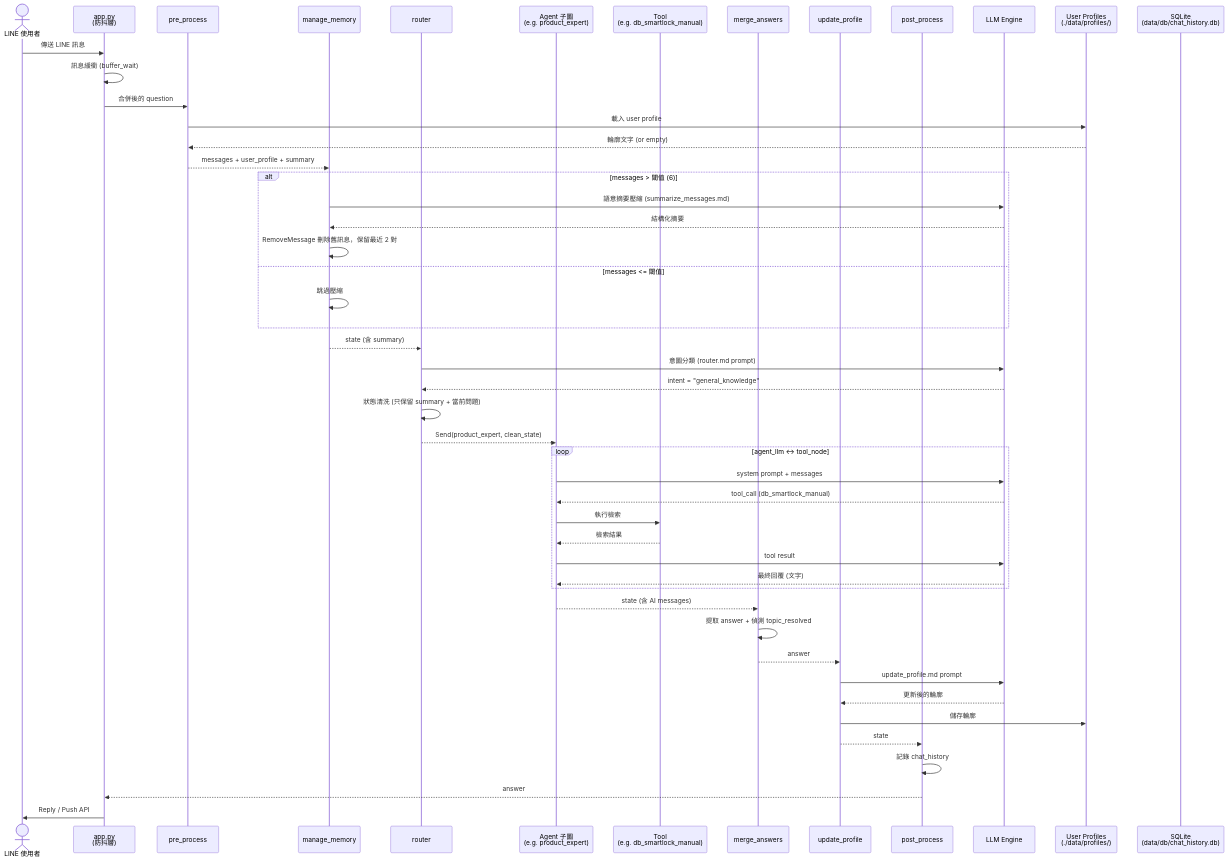
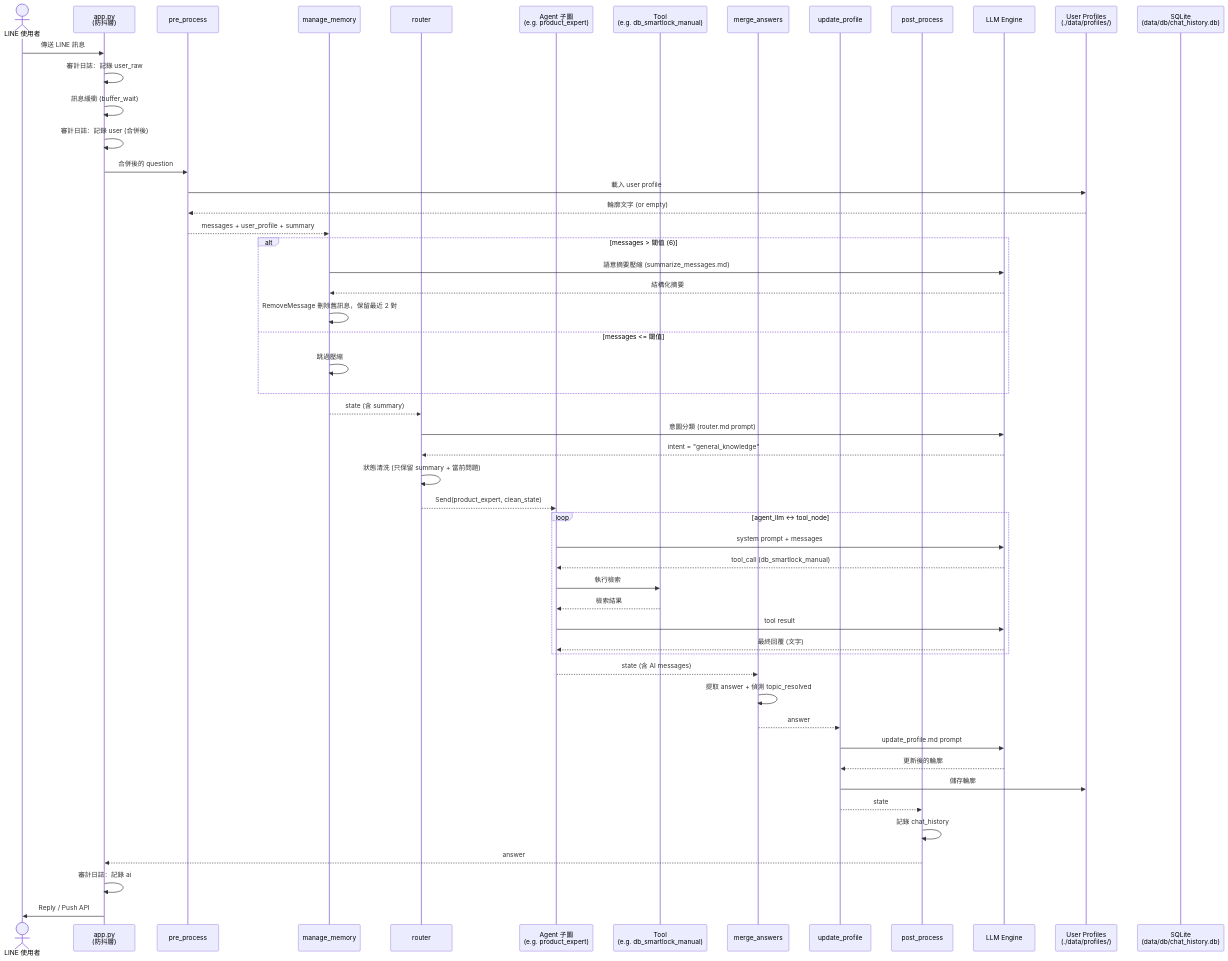
Before and after one commit to Imding1211/lock_AI_Agent: the second of 4 diagrams in docs/manuals/系統架構與流程圖.md, drawn with Mermaid. The commit also changed other lines of this file and 8 other files, not shown here.

````diff
--- a/docs/manuals/系統架構與流程圖.md
+++ b/docs/manuals/系統架構與流程圖.md
@@ -154,60 +163,63 @@
 ```mermaid
 sequenceDiagram
     actor User as LINE 使用者
     participant App as app.py<br/>(防抖層)
     participant PP as pre_process
     participant MM as manage_memory
     participant RT as router
     participant Agent as Agent 子圖<br/>(e.g. product_expert)
     participant Tool as Tool<br/>(e.g. db_smartlock_manual)
     participant MA as merge_answers
     participant UP as update_profile
     participant Post as post_process
     participant LLM as LLM Engine
     participant Profile as User Profiles<br/>(./data/profiles/)
     participant SQLite as SQLite<br/>(data/db/chat_history.db)
 
     User->>App: 傳送 LINE 訊息
+    App->>App: 審計日誌：記錄 user_raw
     App->>App: 訊息緩衝 (buffer_wait)
+    App->>App: 審計日誌：記錄 user (合併後)
     App->>PP: 合併後的 question
 
     PP->>Profile: 載入 user profile
     Profile-->>PP: 輪廓文字 (or empty)
     PP-->>MM: messages + user_profile + summary
 
     alt messages > 閾值 (6)
         MM->>LLM: 語意摘要壓縮 (summarize_messages.md)
         LLM-->>MM: 結構化摘要
         MM->>MM: RemoveMessage 刪除舊訊息，保留最近 2 對
     else messages <= 閾值
         MM->>MM: 跳過壓縮
     end
     MM-->>RT: state (含 summary)
 
     RT->>LLM: 意圖分類 (router.md prompt)
     LLM-->>RT: intent = "general_knowledge"
     RT->>RT: 狀態清洗 (只保留 summary + 當前問題)
     RT-->>Agent: Send(product_expert, clean_state)
 
     loop agent_llm ↔ tool_node
         Agent->>LLM: system prompt + messages
         LLM-->>Agent: tool_call (db_smartlock_manual)
         Agent->>Tool: 執行檢索
         Tool-->>Agent: 檢索結果
         Agent->>LLM: tool result
         LLM-->>Agent: 最終回覆 (文字)
     end
 
     Agent-->>MA: state (含 AI messages)
     MA->>MA: 提取 answer + 偵測 topic_resolved
 
     MA-->>UP: answer
     UP->>LLM: update_profile.md prompt
     LLM-->>UP: 更新後的輪廓
     UP->>Profile: 儲存輪廓
 
     UP-->>Post: state
     Post->>Post: 記錄 chat_history
     Post-->>App: answer
+    App->>App: 審計日誌：記錄 ai
     App->>User: Reply / Push API
 ```
````
